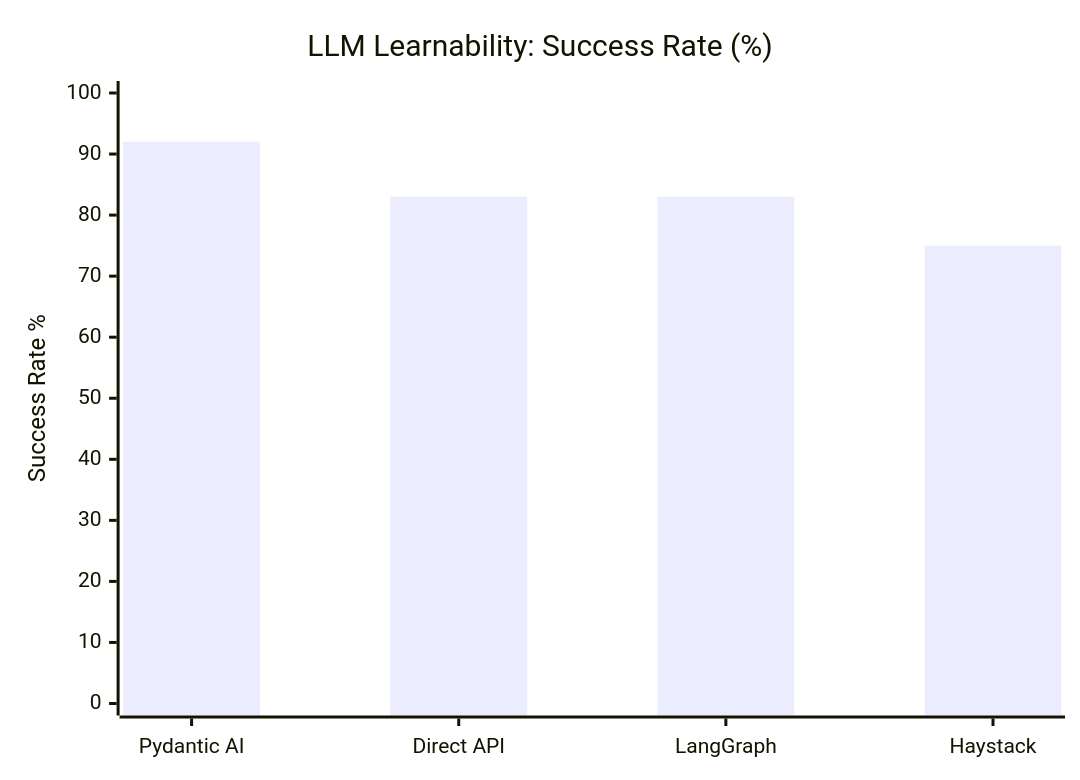
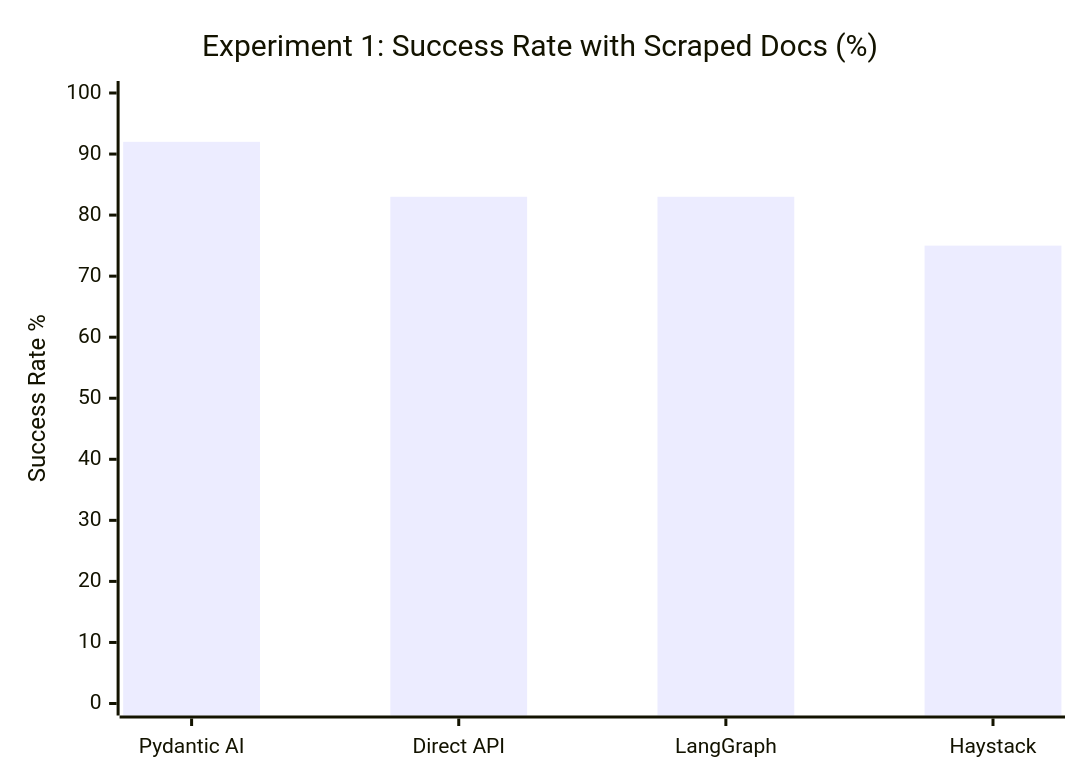
Diagram 11 of 16 in framework_comparison.md (srepho/dory), drawn with Mermaid before and after one commit. The commit also changed other lines of this file and 3 other files, not shown here.

First line of the commit message:
Update LLM learnability with new experimental results

````diff
--- a/framework_comparison.md
+++ b/framework_comparison.md
@@ -1698,7 +1736,7 @@
 ```mermaid
 xychart-beta
-    title "LLM Learnability: Success Rate (%)"
+    title "Experiment 1: Success Rate with Scraped Docs (%)"
     x-axis ["Pydantic AI", "Direct API", LangGraph, Haystack]
     y-axis "Success Rate %" 0 --> 100
     bar [92, 83, 83, 75]
 ```
````
